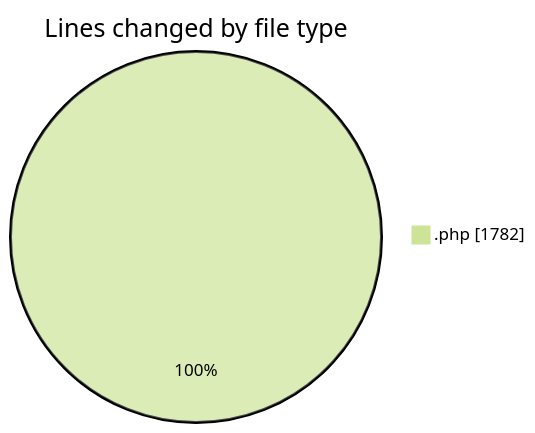
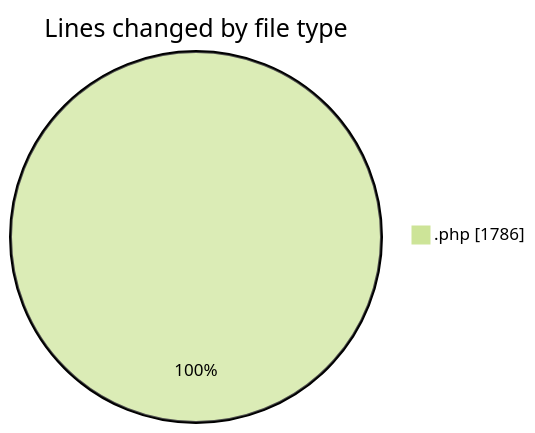
The first of 2 diagrams in 2026-08-28/oficina/README.md (LanceThiago/code-tracking), drawn with Mermaid (forest theme) before and after one commit. The commit also changed other lines of this file and 1 other file, not shown here.

````diff
--- a/2026-08-28/oficina/README.md
+++ b/2026-08-28/oficina/README.md
@@ -20,5 +20,5 @@
 ```mermaid
 pie showData
 title Lines changed by file type
-".php" : 1782
+".php" : 1786
 ```
````
